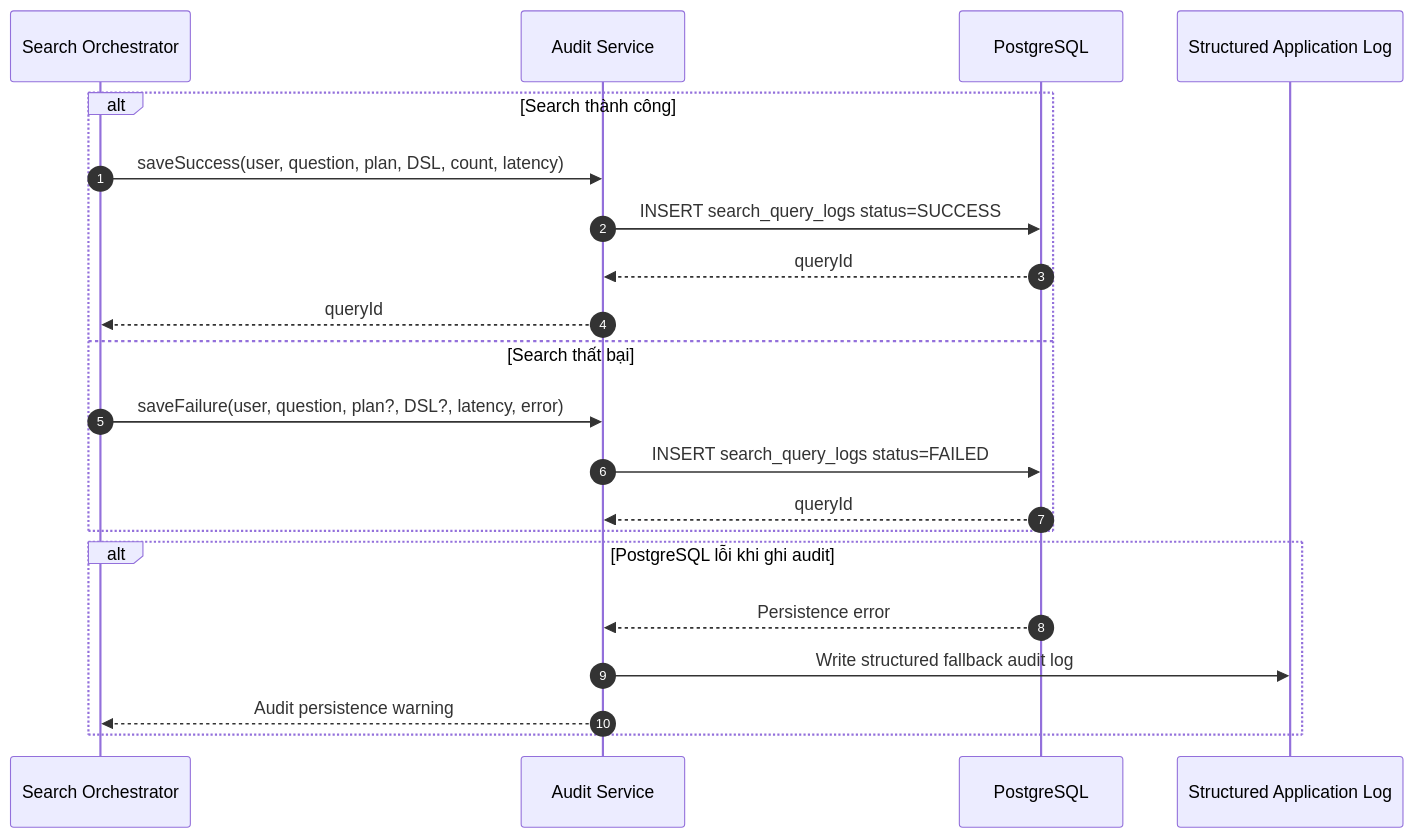
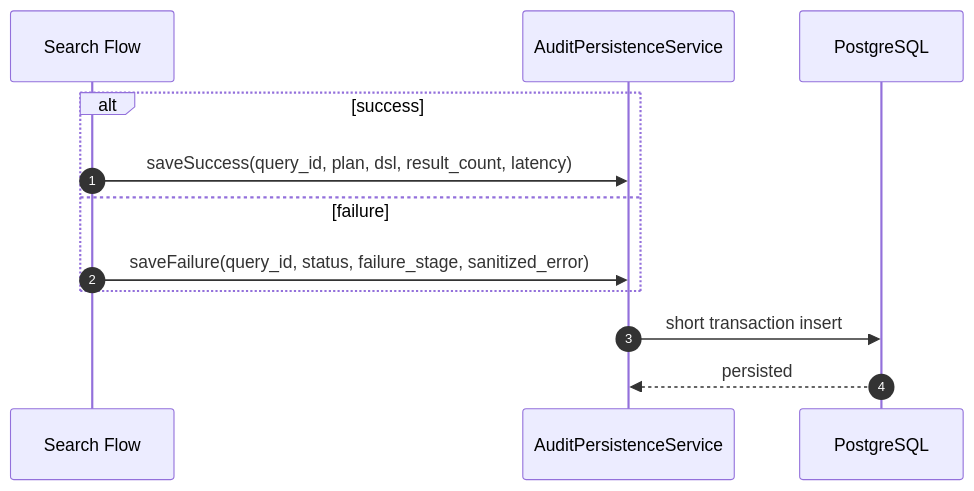
One commit to PhamVanMinhBinhThuan/soc-ai-search changed the eighth of 9 diagrams in docs/sequence-flow.md. Above: the diagram before and after it, drawn with Mermaid. The commit also changed other lines of this file and 5 other files, not shown here.

````diff
--- a/docs/sequence-flow.md
+++ b/docs/sequence-flow.md
@@ -445,25 +272,16 @@
 ```mermaid
 sequenceDiagram
     autonumber
-    participant Search as Search Orchestrator
-    participant Audit as Audit Service
+    participant Search as Search Flow
+    participant Audit as AuditPersistenceService
     participant PG as PostgreSQL
-    participant Log as Structured Application Log
 
-    alt Search thành công
-        Search->>Audit: saveSuccess(user, question, plan, DSL, count, latency)
-        Audit->>PG: INSERT search_query_logs status=SUCCESS
-        PG-->>Audit: queryId
-        Audit-->>Search: queryId
-    else Search thất bại
-        Search->>Audit: saveFailure(user, question, plan?, DSL?, latency, error)
-        Audit->>PG: INSERT search_query_logs status=FAILED
-        PG-->>Audit: queryId
+    alt success
+        Search->>Audit: saveSuccess(query_id, plan, dsl, result_count, latency)
+    else failure
+        Search->>Audit: saveFailure(query_id, status, failure_stage, sanitized_error)
     end
 
-    alt PostgreSQL lỗi khi ghi audit
-        PG-->>Audit: Persistence error
-        Audit->>Log: Write structured fallback audit log
-        Audit-->>Search: Audit persistence warning
-    end
+    Audit->>PG: short transaction insert
+    PG-->>Audit: persisted
 ```
````
